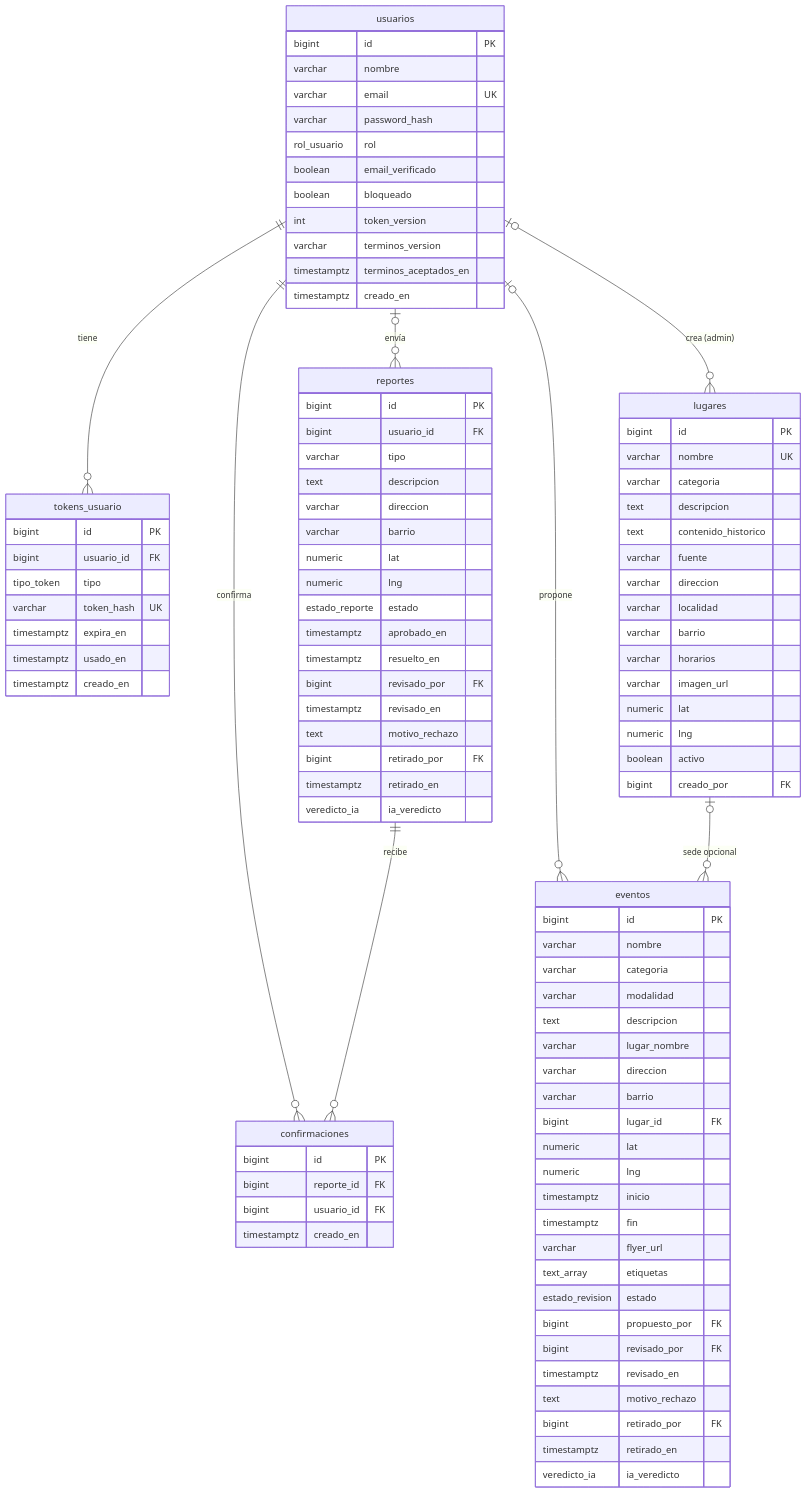
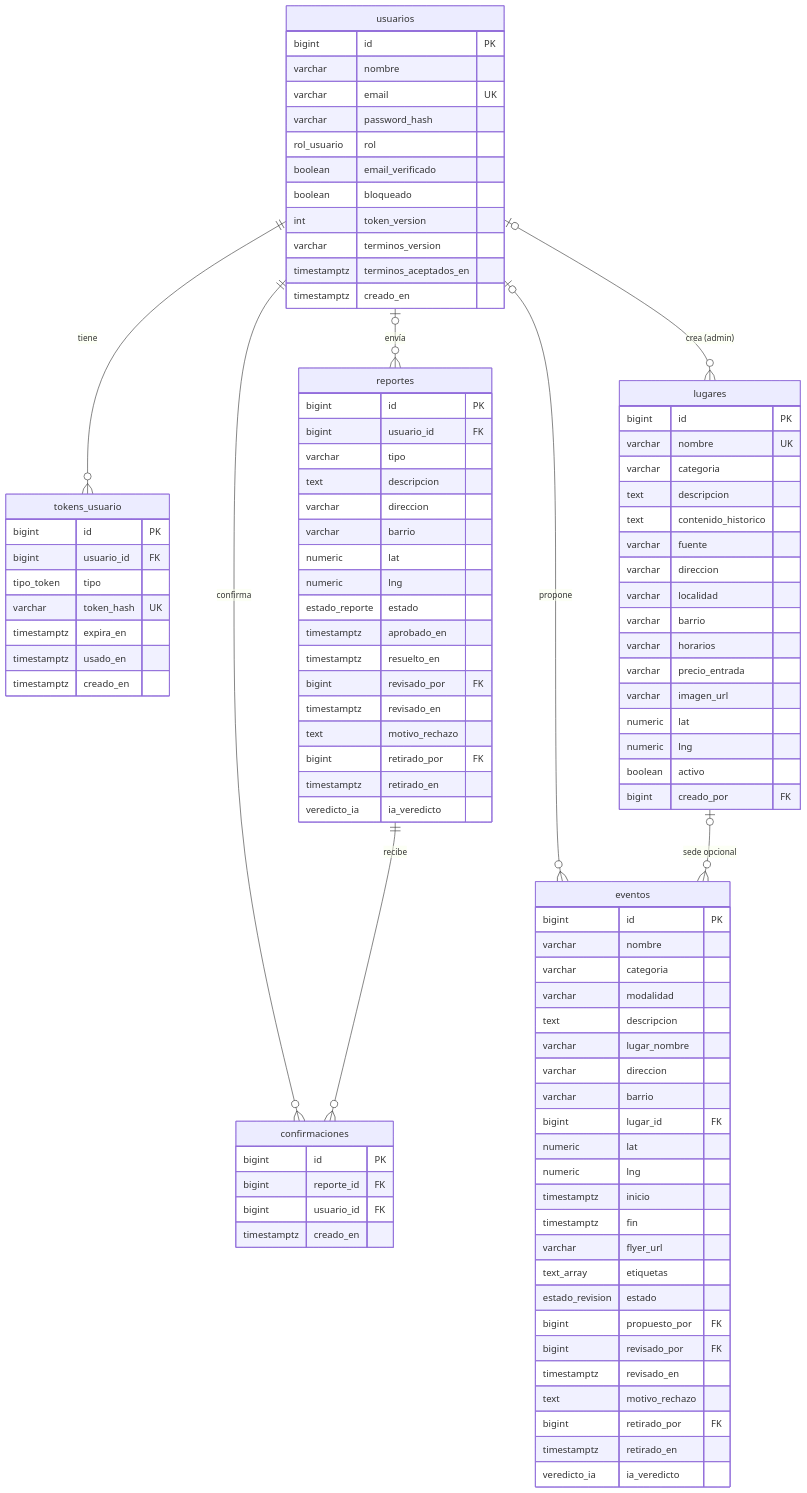
One commit to Fumacio/TucuMaps2 changed the first of 5 diagrams in docs/Modelo de datos TucuMaps.md. Above: the diagram before and after it, drawn with Mermaid. The commit also changed 12 other files, not shown here.

First line of the commit message:
Cargar el contenido de los 20 lugares y sumar el precio de entrada (#24)

```diff
--- a/docs/Modelo de datos TucuMaps.md
+++ b/docs/Modelo de datos TucuMaps.md
@@ -65,6 +65,7 @@
         varchar localidad
         varchar barrio
         varchar horarios
+        varchar precio_entrada
         varchar imagen_url
         numeric lat
         numeric lng
```
